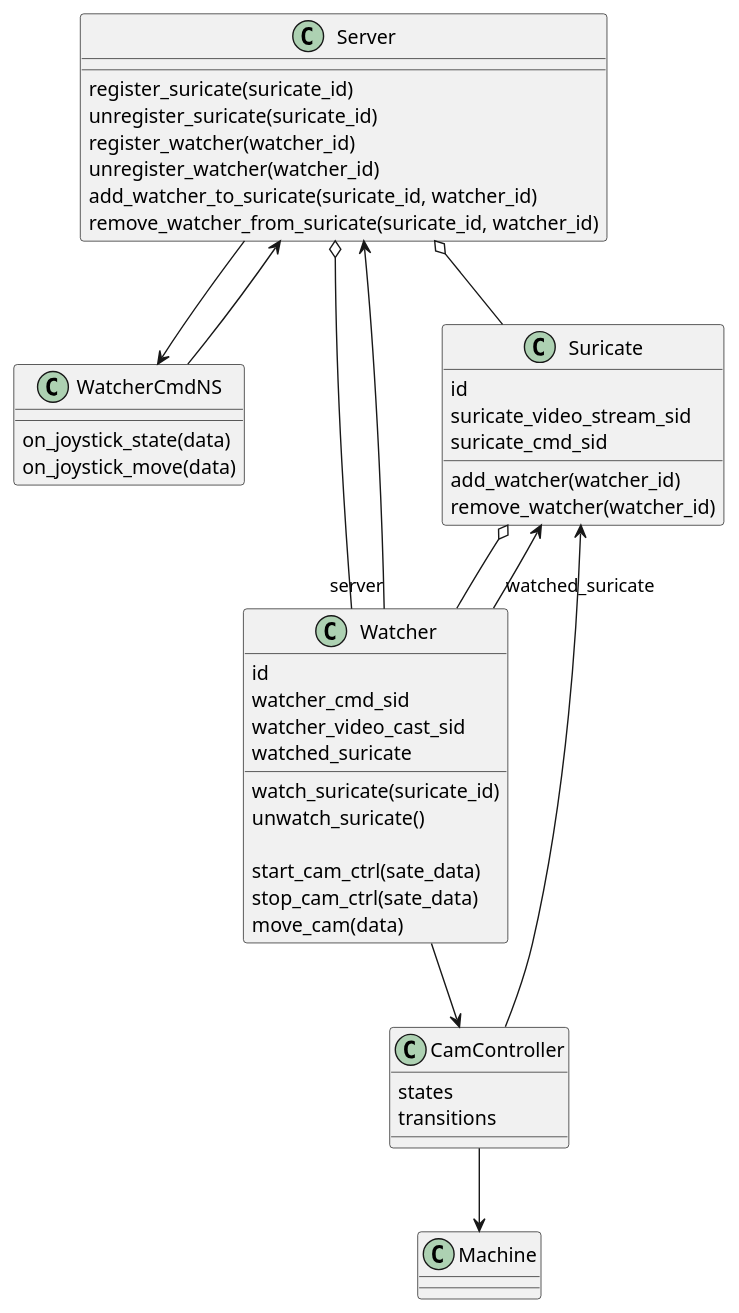
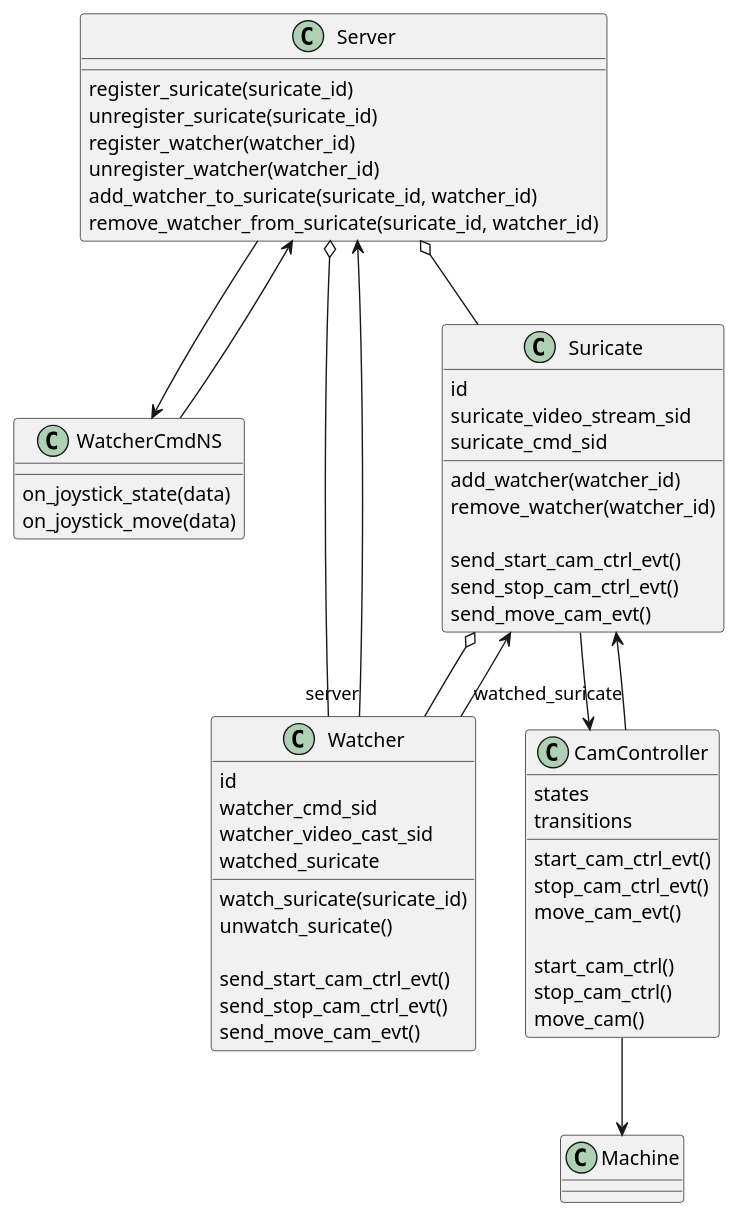
One commit to dkleinbe/suricatewatcher_server changed the diagram in doc/class.puml. Above: the diagram before and after it, drawn with PlantUML. The commit also changed 7 other files, not shown here.

Commit message:
cam ctrl refactoring

```diff
--- a/doc/class.puml
+++ b/doc/class.puml
@@ -1,73 +1,84 @@
 @startuml classdiag
 
 class Server {
 
   register_suricate(suricate_id)
   unregister_suricate(suricate_id)
   register_watcher(watcher_id)
   unregister_watcher(watcher_id)
   add_watcher_to_suricate(suricate_id, watcher_id)
   remove_watcher_from_suricate(suricate_id, watcher_id)
 }
 
 class WatcherCmdNS {
   on_joystick_state(data)
   on_joystick_move(data)
 }
 
 class Suricate {
 
   id
   suricate_video_stream_sid
   suricate_cmd_sid
   
   add_watcher(watcher_id)
   remove_watcher(watcher_id)
 
+  send_start_cam_ctrl_evt()
+  send_stop_cam_ctrl_evt()
+  send_move_cam_evt()
 }
 
 class Watcher {
   id
   watcher_cmd_sid
   watcher_video_cast_sid
   watched_suricate
 
   watch_suricate(suricate_id)
   unwatch_suricate()
 
-  start_cam_ctrl(sate_data)
-  stop_cam_ctrl(sate_data)
-  move_cam(data)
+  send_start_cam_ctrl_evt()
+  send_stop_cam_ctrl_evt()
+  send_move_cam_evt()
 }
 
 class CamController {
   states
   transitions
+
+  start_cam_ctrl_evt()
+  stop_cam_ctrl_evt()
+  move_cam_evt()
+
+  start_cam_ctrl()
+  stop_cam_ctrl()
+  move_cam()  
 }
 
 
 
 class Machine {
 
 }
 
 
 Server o-- Suricate
 Server o-- Watcher
 Server --> WatcherCmdNS
 
 
 Watcher "watched_suricate" --> Suricate
 Watcher "server" --> Server
-Watcher --> CamController
+Suricate --> CamController
 
 
 Suricate o-- Watcher
 
 WatcherCmdNS --> Server
 
 CamController --> Machine
 CamController --> Suricate
 
 
 @enduml
```
